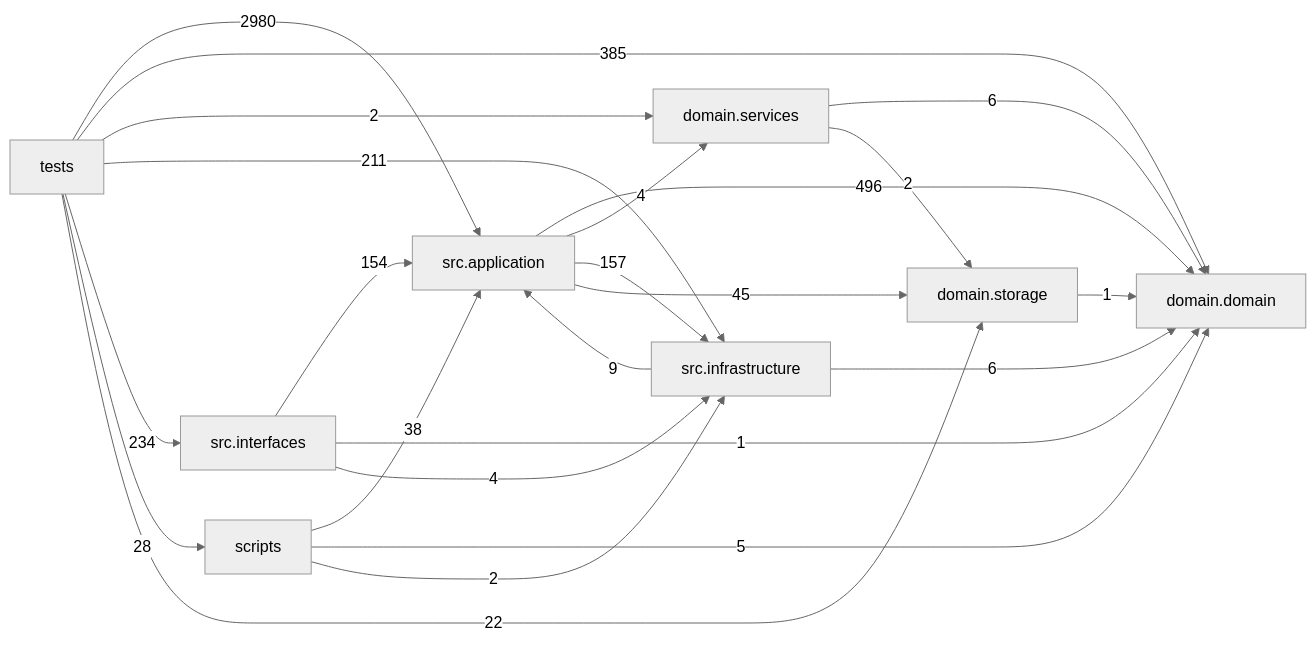
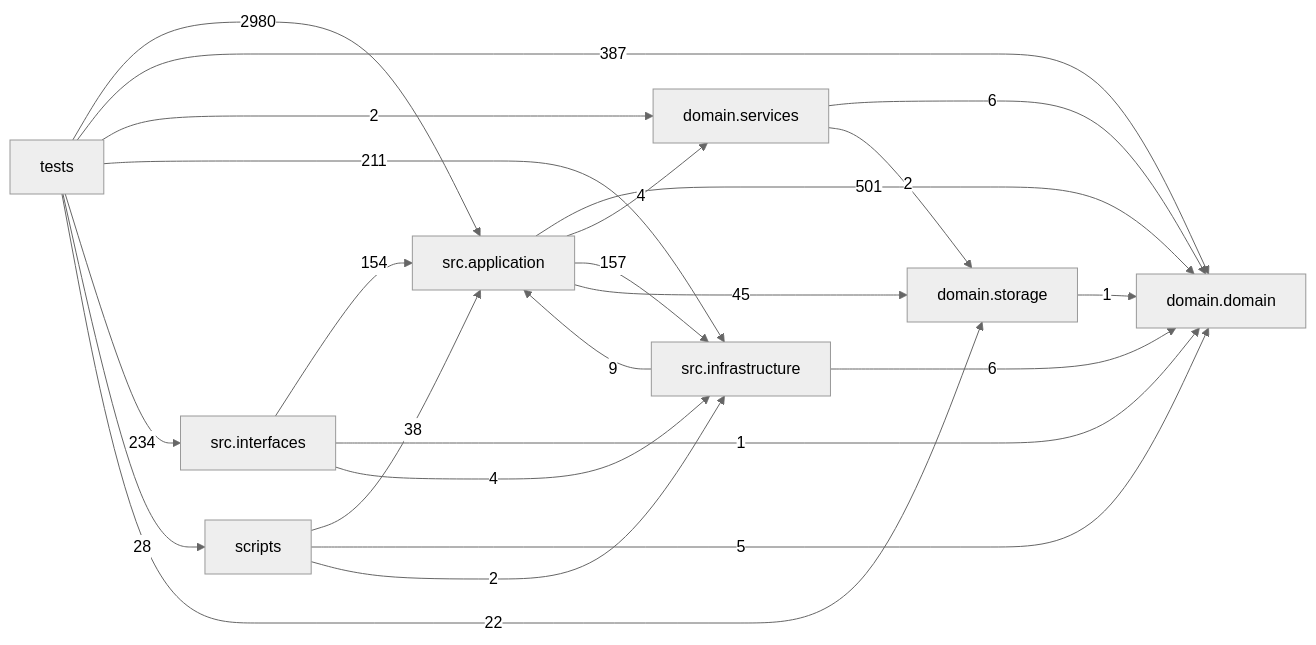
The diagram in docs/DEPENDENCY_GRAPH.md (liuxie066/options-monitor), drawn with Mermaid (neutral theme) before and after one commit. The commit also changed other lines of this file and 15 other files, not shown here.

````diff
--- a/docs/DEPENDENCY_GRAPH.md
+++ b/docs/DEPENDENCY_GRAPH.md
@@ -24,33 +24,33 @@
 ```mermaid
 flowchart LR
   tests["tests"]
   scripts["scripts"]
   interfaces["src.interfaces"]
   application["src.application"]
   infrastructure["src.infrastructure"]
   domain_services["domain.services"]
   domain["domain.domain"]
   storage["domain.storage"]
-  application -->|496| domain
+  application -->|501| domain
   application -->|4| domain_services
   application -->|157| infrastructure
   application -->|45| storage
   domain_services -->|6| domain
   domain_services -->|2| storage
   infrastructure -->|9| application
   infrastructure -->|6| domain
   interfaces -->|154| application
   interfaces -->|1| domain
   interfaces -->|4| infrastructure
   scripts -->|38| application
   scripts -->|5| domain
   scripts -->|2| infrastructure
   storage -->|1| domain
   tests -->|2980| application
-  tests -->|385| domain
+  tests -->|387| domain
   tests -->|2| domain_services
   tests -->|211| infrastructure
   tests -->|234| interfaces
   tests -->|28| scripts
   tests -->|22| storage
 ```
````
